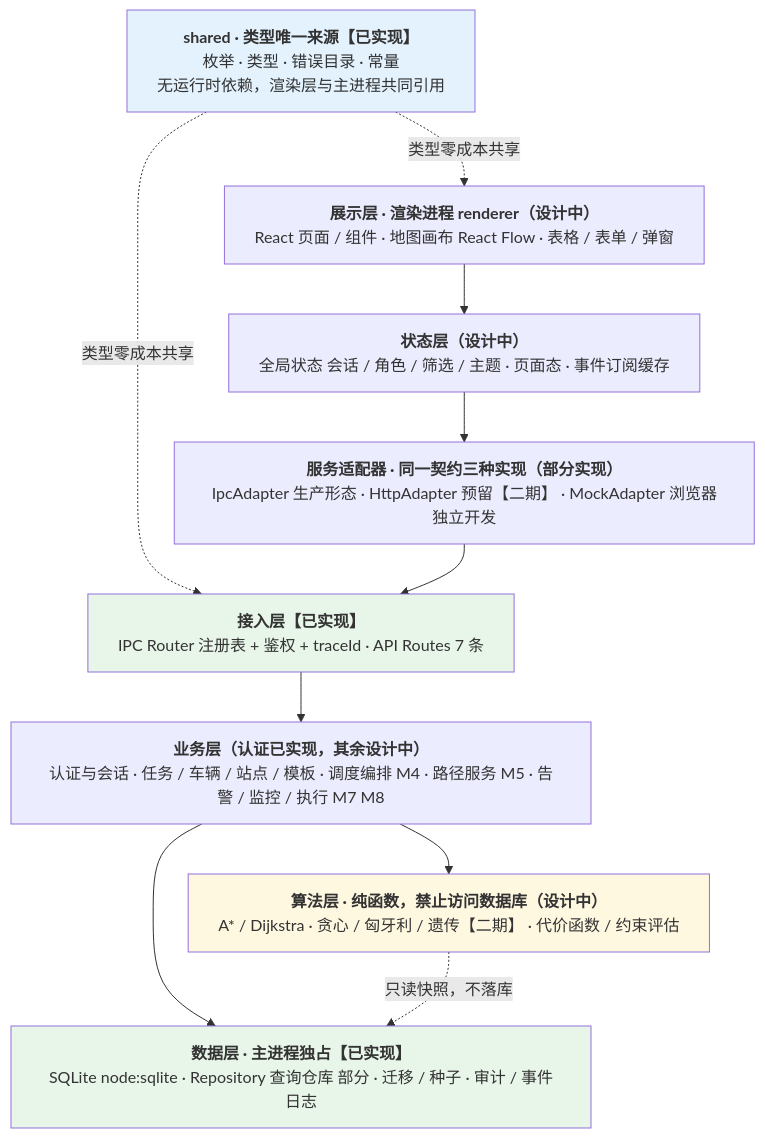
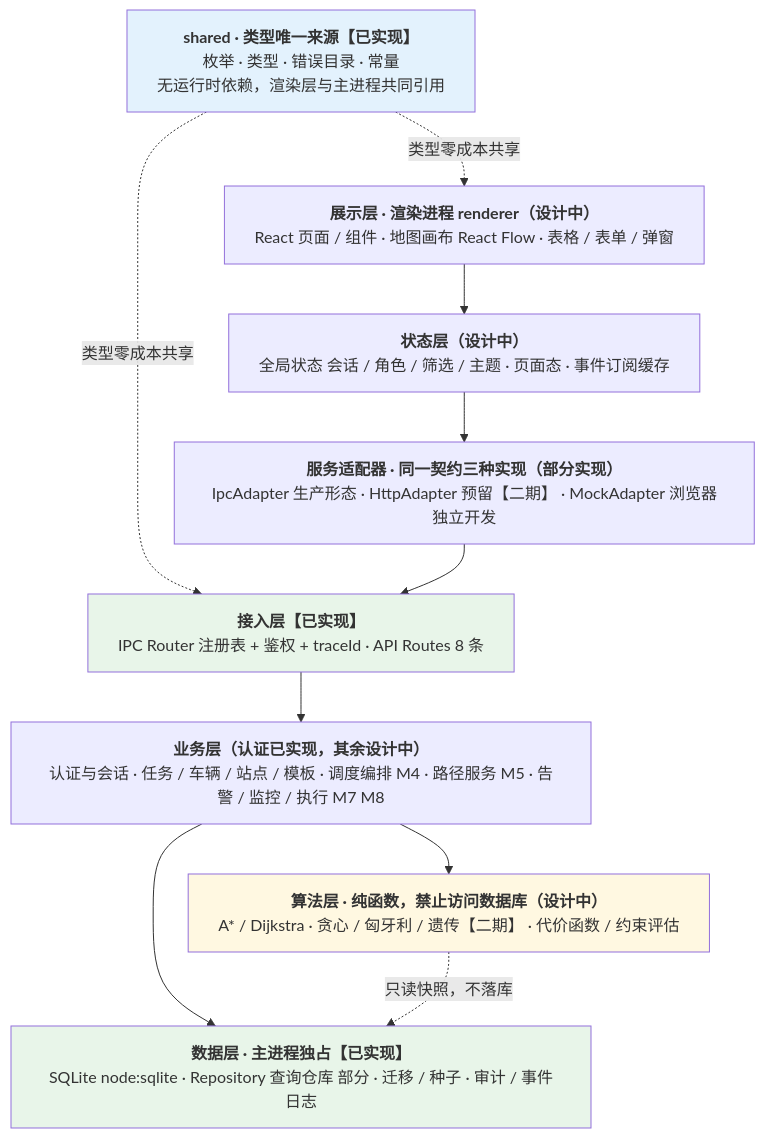
One commit to sunstflower/831 changed the first of 23 diagrams in docs/architecture.md. Above: the diagram before and after it, drawn with Mermaid. The commit also changed other lines of this file and 8 other files, not shown here.

````diff
--- a/docs/architecture.md
+++ b/docs/architecture.md
@@ -67,28 +68,28 @@
 ```mermaid
 ---
 config:
   flowchart:
     wrappingWidth: 520
 ---
 flowchart TB
   SH["<b>shared · 类型唯一来源【已实现】</b><br/>枚举 · 类型 · 错误目录 · 常量<br/>无运行时依赖，渲染层与主进程共同引用"]
   UI["<b>展示层 · 渲染进程 renderer（设计中）</b><br/>React 页面 / 组件 · 地图画布 React Flow · 表格 / 表单 / 弹窗"]
   ST["<b>状态层（设计中）</b><br/>全局状态 会话 / 角色 / 筛选 / 主题 · 页面态 · 事件订阅缓存"]
   ADP["<b>服务适配器 · 同一契约三种实现（部分实现）</b><br/>IpcAdapter 生产形态 · HttpAdapter 预留【二期】 · MockAdapter 浏览器独立开发"]
-  GW["<b>接入层【已实现】</b><br/>IPC Router 注册表 + 鉴权 + traceId · API Routes 7 条"]
+  GW["<b>接入层【已实现】</b><br/>IPC Router 注册表 + 鉴权 + traceId · API Routes 8 条"]
   BIZ["<b>业务层（认证已实现，其余设计中）</b><br/>认证与会话 · 任务 / 车辆 / 站点 / 模板 · 调度编排 M4 · 路径服务 M5 · 告警 / 监控 / 执行 M7 M8"]
   ALG["<b>算法层 · 纯函数，禁止访问数据库（设计中）</b><br/>A* / Dijkstra · 贪心 / 匈牙利 / 遗传【二期】 · 代价函数 / 约束评估"]
   DATA["<b>数据层 · 主进程独占【已实现】</b><br/>SQLite node:sqlite · Repository 查询仓库 部分 · 迁移 / 种子 · 审计 / 事件日志"]
 
   SH -. 类型零成本共享 .-> UI
   SH -. 类型零成本共享 .-> GW
   UI --> ST --> ADP --> GW --> BIZ
   BIZ --> ALG
   BIZ --> DATA
   ALG -. 只读快照，不落库 .-> DATA
 
   style SH fill:#e3f2fd
   style GW fill:#e8f5e9
   style DATA fill:#e8f5e9
   style ALG fill:#fff8e1
 ```
````
